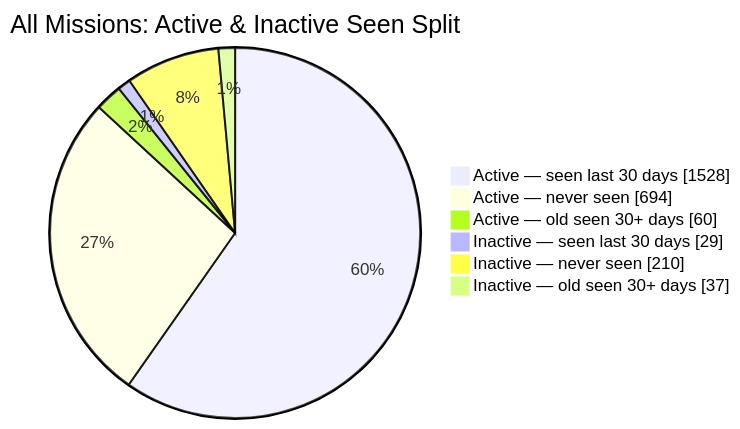
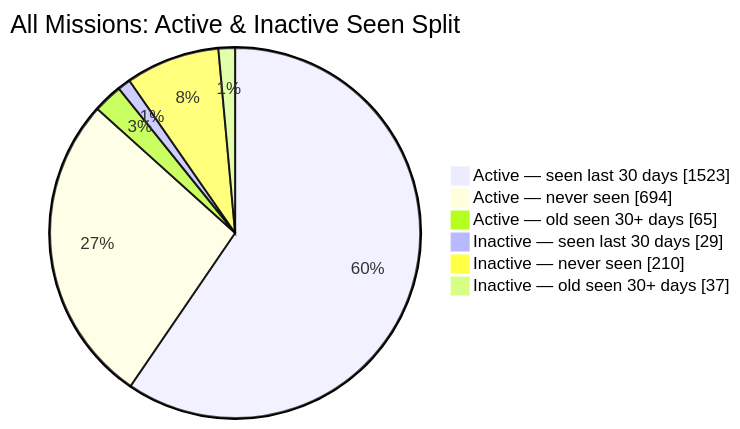
The second of 2 diagrams in README.md (MeldkamerspelGameTeam/active-missions), drawn with Mermaid before and after one commit. The commit also changed other lines of this file and 2 other files, not shown here.

````diff
--- a/README.md
+++ b/README.md
@@ -44,10 +44,10 @@
 ```mermaid
 pie showData
     title All Missions: Active & Inactive Seen Split
-    "Active — seen last 30 days" : 1528
+    "Active — seen last 30 days" : 1523
     "Active — never seen" : 694
-    "Active — old seen 30+ days" : 60
+    "Active — old seen 30+ days" : 65
     "Inactive — seen last 30 days" : 29
     "Inactive — never seen" : 210
     "Inactive — old seen 30+ days" : 37
 ```
````
